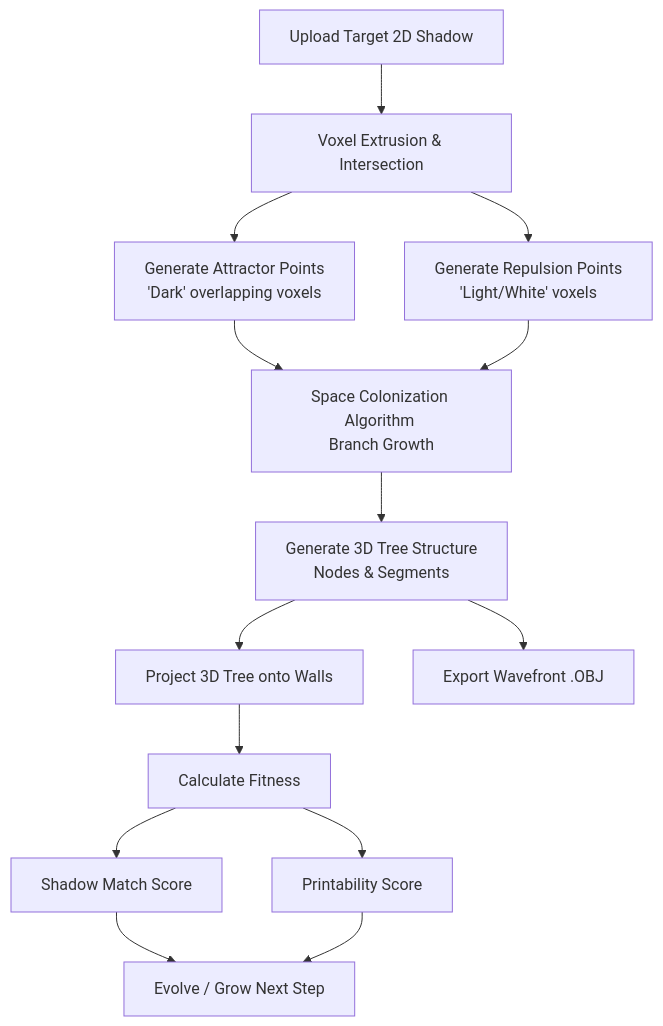
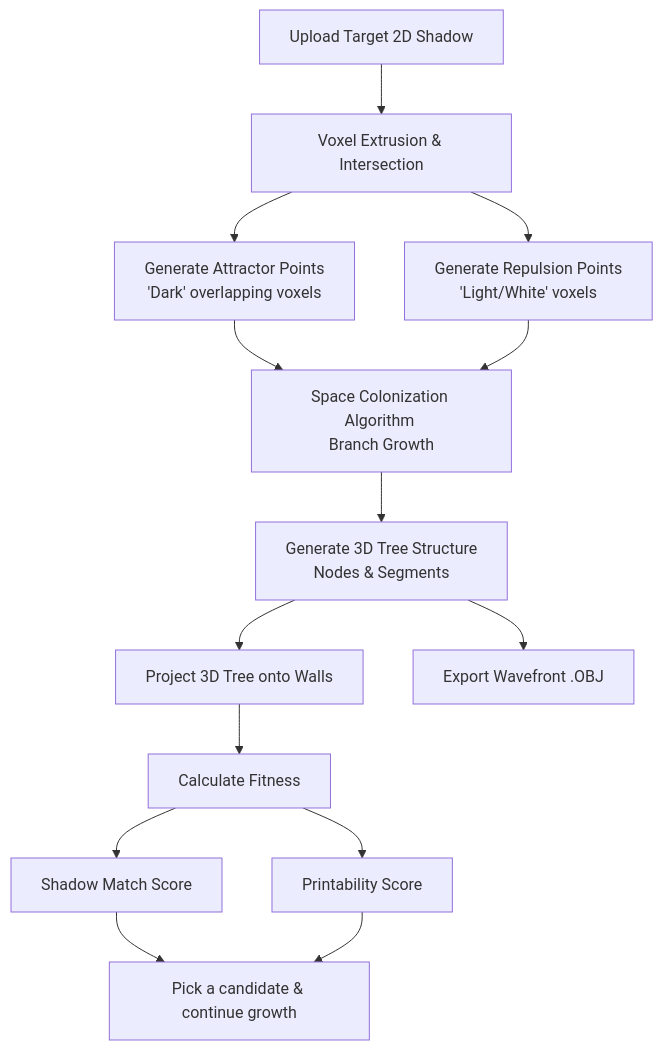
Before and after one commit to patsastus/evo-test: the diagram in README.md, drawn with Mermaid. The commit also changed other lines of this file and 4 other files, not shown here.

````diff
--- a/README.md
+++ b/README.md
@@ -11,14 +11,14 @@
 ```mermaid
 graph TD
     A[Upload Target 2D Shadow] --> B[Voxel Extrusion & Intersection]
     B --> C[Generate Attractor Points <br/>'Dark' overlapping voxels]
     B --> D[Generate Repulsion Points <br/>'Light/White' voxels]
     C & D --> E[Space Colonization Algorithm <br/>Branch Growth]
     E --> F[Generate 3D Tree Structure <br/>Nodes & Segments]
     F --> G[Project 3D Tree onto Walls]
     G --> H[Calculate Fitness]
     H --> I[Shadow Match Score]
     H --> J[Printability Score]
-    I & J --> K[Evolve / Grow Next Step]
+    I & J --> K[Pick a candidate & continue growth]
     F --> L[Export Wavefront .OBJ]
 ```
````
